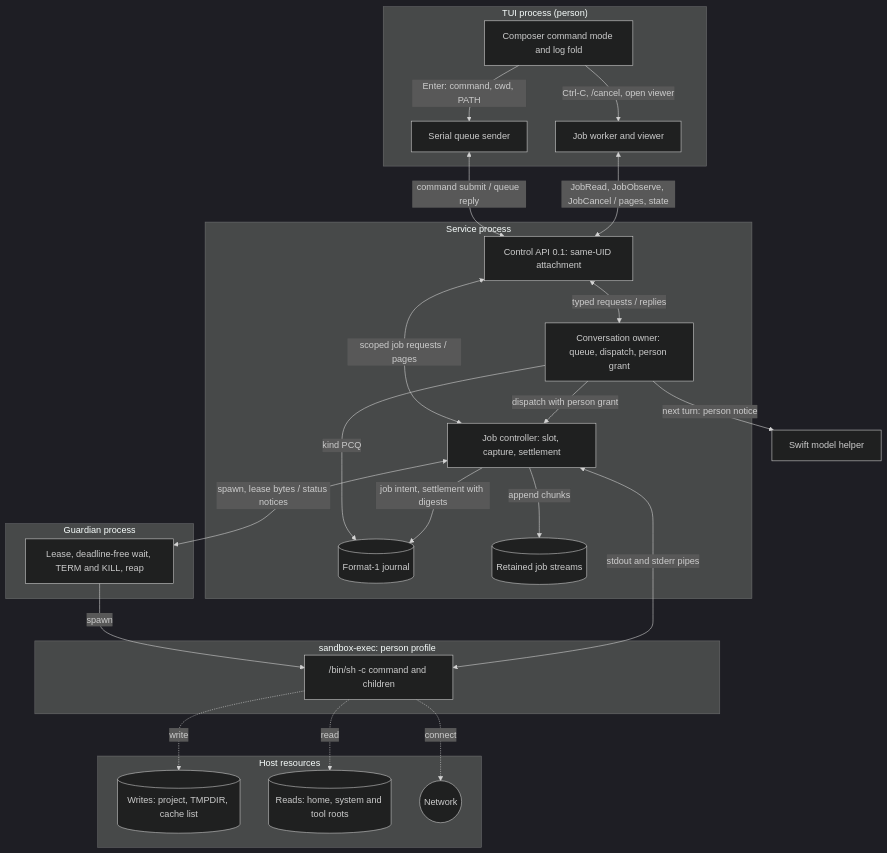
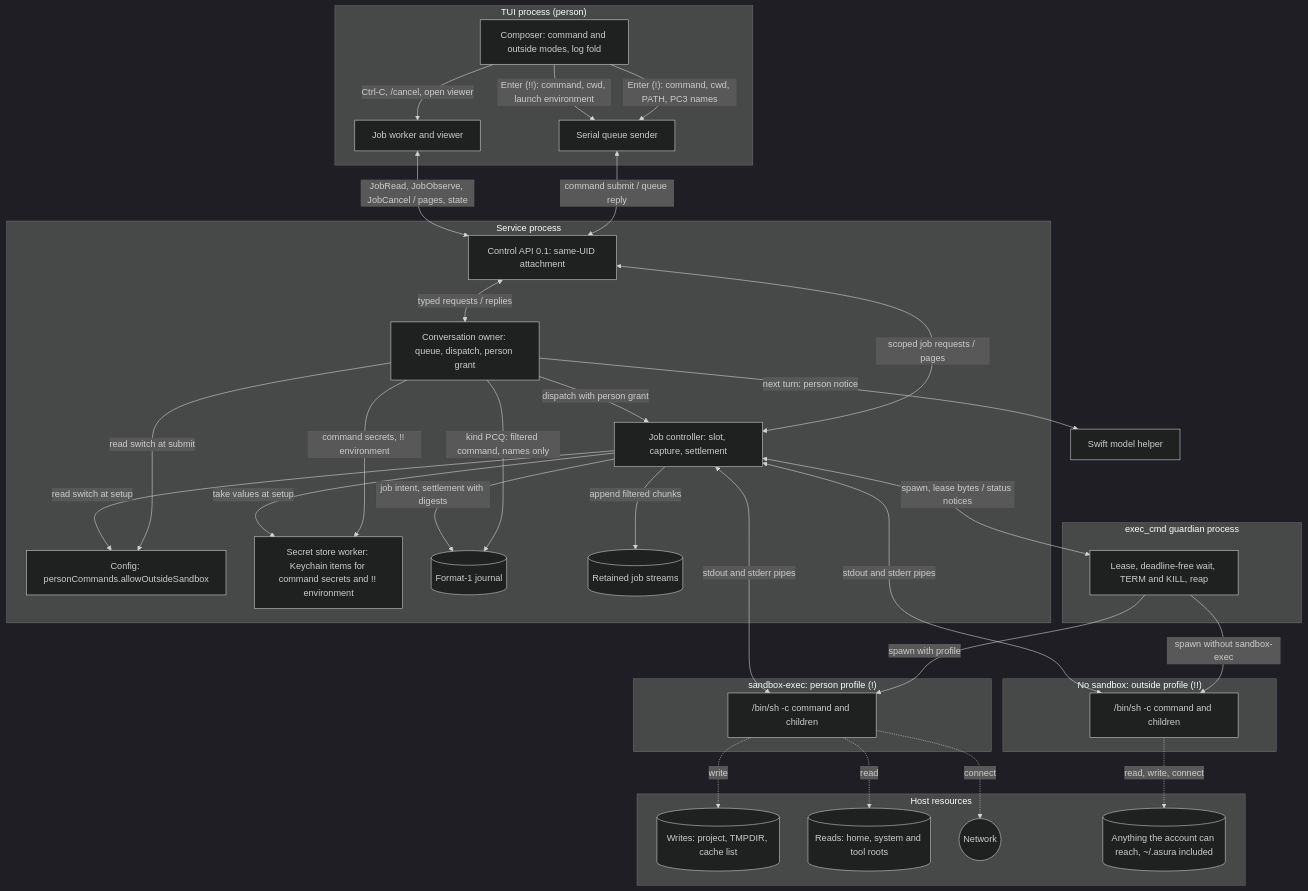
The first of 7 diagrams in docs/designs/person-command-mode.md (pidster/asura), drawn with Mermaid (dark theme) before and after one commit. The commit also changed other lines of this file and 9 other files, not shown here.

First line of the commit message:
Design person commands, the whole-command variable and the secret store

````diff
--- a/docs/designs/person-command-mode.md
+++ b/docs/designs/person-command-mode.md
@@ -132,44 +187,58 @@
 ```mermaid
 flowchart TB
     subgraph TUIP["TUI process (person)"]
-        Mode["Composer command mode and log fold"]
+        Mode["Composer: command and outside modes, log fold"]
         Send["Serial queue sender"]
         JobW["Job worker and viewer"]
     end
     subgraph SVC["Service process"]
         API["Control API 0.1: same-UID attachment"]
         Owner["Conversation owner: queue, dispatch, person grant"]
         Ctl["Job controller: slot, capture, settlement"]
+        Cfg["Config: personCommands.allowOutsideSandbox"]
+        Store["Secret store worker: Keychain items for command secrets and !! environment"]
         J[("Format-1 journal")]
         P[("Retained job streams")]
     end
-    subgraph GP["Guardian process"]
+    subgraph GP["exec_cmd guardian process"]
         G["Lease, deadline-free wait, TERM and KILL, reap"]
     end
-    subgraph SB["sandbox-exec: person profile"]
+    subgraph SB["sandbox-exec: person profile (!)"]
         Sh["/bin/sh -c command and children"]
+    end
+    subgraph NS["No sandbox: outside profile (!!)"]
+        Sh2["/bin/sh -c command and children"]
     end
     subgraph HOST["Host resources"]
         W[("Writes: project, TMPDIR, cache list")]
         R[("Reads: home, system and tool roots")]
         N(("Network"))
+        All[("Anything the account can reach, ~/.asura included")]
     end
     Helper["Swift model helper"]
-    Mode -->|"Enter: command, cwd, PATH"| Send
+    Mode -->|"Enter (!): command, cwd, PATH, PC3 names"| Send
+    Mode -->|"Enter (!!): command, cwd, launch environment"| Send
     Mode -->|"Ctrl-C, /cancel, open viewer"| JobW
     Send <-->|"command submit / queue reply"| API
     JobW <-->|"JobRead, JobObserve, JobCancel / pages, state"| API
     API <-->|"typed requests / replies"| Owner
     API <-->|"scoped job requests / pages"| Ctl
-    Owner -->|"kind PCQ"| J
+    Owner -->|"read switch at submit"| Cfg
+    Ctl -->|"read switch at setup"| Cfg
+    Owner -->|"kind PCQ: filtered command, names only"| J
+    Owner -->|"command secrets, !! environment"| Store
+    Ctl -->|"take values at setup"| Store
     Owner -->|"dispatch with person grant"| Ctl
     Ctl -->|"job intent, settlement with digests"| J
-    Ctl -->|"append chunks"| P
+    Ctl -->|"append filtered chunks"| P
     Ctl <-->|"spawn, lease bytes / status notices"| G
-    G -->|"spawn"| Sh
+    G -->|"spawn with profile"| Sh
+    G -->|"spawn without sandbox-exec"| Sh2
     Ctl <-->|"stdout and stderr pipes"| Sh
+    Ctl <-->|"stdout and stderr pipes"| Sh2
     Sh -.->|"write"| W
     Sh -.->|"read"| R
     Sh -.->|"connect"| N
+    Sh2 -.->|"read, write, connect"| All
     Owner -->|"next turn: person notice"| Helper
 ```
````
